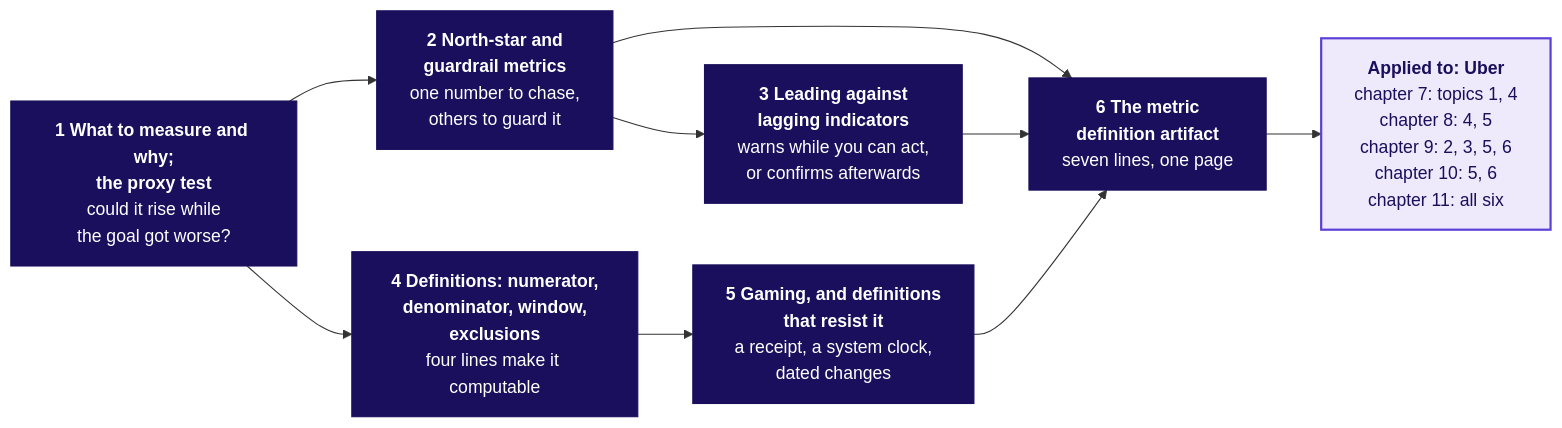
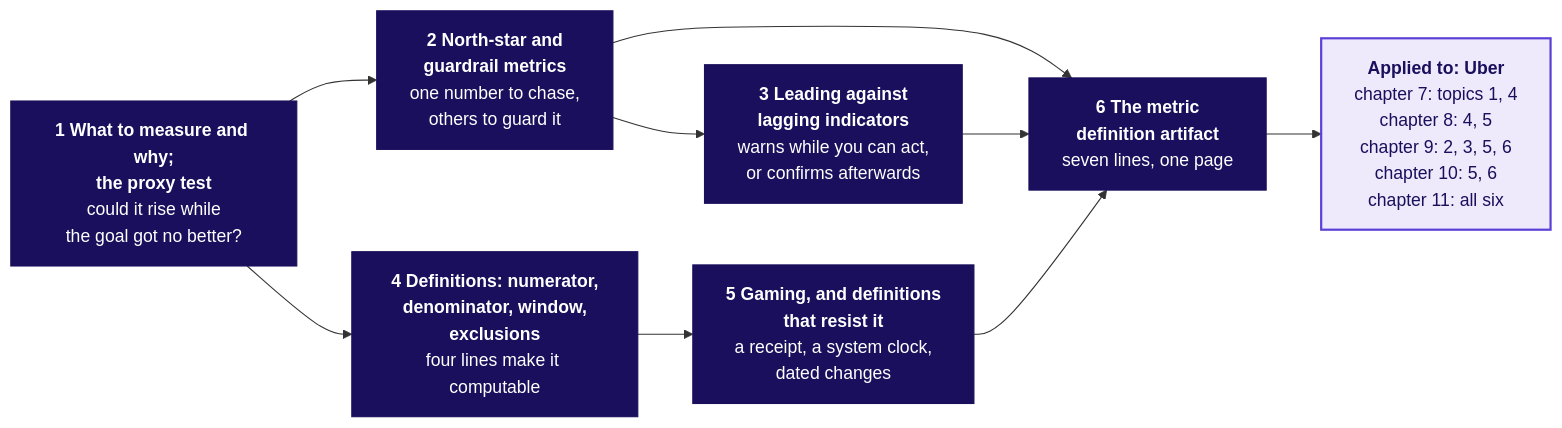
Before and after one commit to fde-academy-lab/c2-content-factory: the first of 2 diagrams in content/W04/D1/cheatsheets/C2_W04_D01_safe_to_pay_STUDENT.md, drawn with Mermaid. The commit also changed other lines of this file and 8 other files, not shown here.

First line of the commit message:
W04 D1: the proxy test reads "got no better" in every recall file

````diff
--- a/content/W04/D1/cheatsheets/C2_W04_D01_safe_to_pay_STUDENT.md
+++ b/content/W04/D1/cheatsheets/C2_W04_D01_safe_to_pay_STUDENT.md
@@ -7,22 +7,22 @@
 ```mermaid
 flowchart LR
-    C1["<b>1 What to measure and why;<br/>the proxy test</b><br/>could it rise while<br/>the goal got worse?"]
+    C1["<b>1 What to measure and why;<br/>the proxy test</b><br/>could it rise while<br/>the goal got no better?"]
     C2["<b>2 North-star and<br/>guardrail metrics</b><br/>one number to chase,<br/>others to guard it"]
     C3["<b>3 Leading against<br/>lagging indicators</b><br/>warns while you can act,<br/>or confirms afterwards"]
     C4["<b>4 Definitions: numerator,<br/>denominator, window,<br/>exclusions</b><br/>four lines make it computable"]
     C5["<b>5 Gaming, and definitions<br/>that resist it</b><br/>a receipt, a system clock,<br/>dated changes"]
     C6["<b>6 The metric<br/>definition artifact</b><br/>seven lines, one page"]
     U["<b>Applied to: Uber</b><br/>chapter 7: topics 1, 4<br/>chapter 8: 4, 5<br/>chapter 9: 2, 3, 5, 6<br/>chapter 10: 5, 6<br/>chapter 11: all six"]
     C1 --> C2
     C2 --> C3
     C2 --> C6
     C3 --> C6
     C1 --> C4
     C4 --> C5
     C5 --> C6
     C6 --> U
     classDef lit fill:#1A0F5C,stroke:#1A0F5C,color:#FFFFFF
     classDef known fill:#EEEAFB,stroke:#5B3FD6,color:#1A0F5C,stroke-width:2px
     class C1,C2,C3,C4,C5,C6 lit
     class U known
 ```
````
